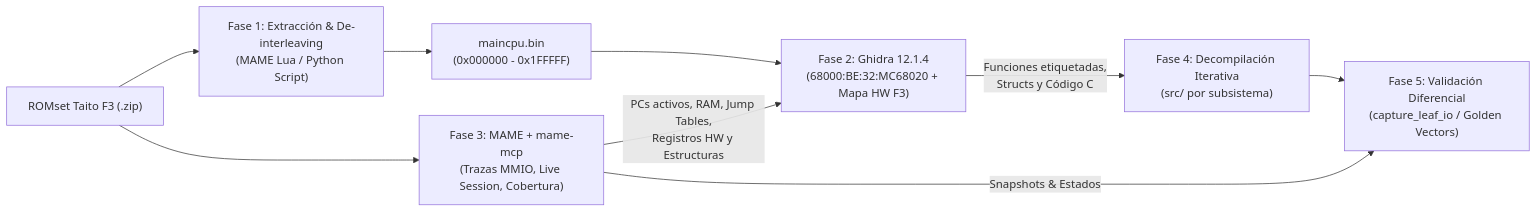
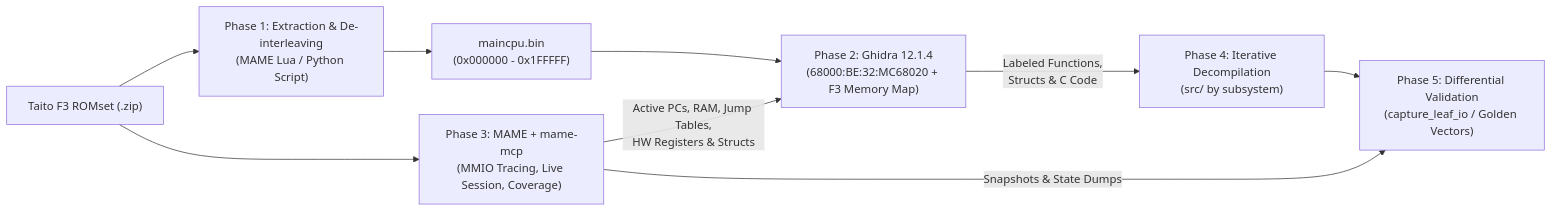
The diagram in README.md (DanimanX/Taitof3Decomp), drawn with Mermaid before and after one commit. The commit also changed other lines of this file, not shown here.

````diff
--- a/README.md
+++ b/README.md
@@ -42,11 +42,11 @@
 ```mermaid
 flowchart LR
-    ROM["ROMset Taito F3 (.zip)"] --> F1["Fase 1: Extracción & De-interleaving\n(MAME Lua / Python Script)"]
+    ROM["Taito F3 ROMset (.zip)"] --> F1["Phase 1: Extraction & De-interleaving\n(MAME Lua / Python Script)"]
     F1 --> BIN["maincpu.bin\n(0x000000 - 0x1FFFFF)"]
-    BIN --> GHIDRA["Fase 2: Ghidra 12.1.4\n(68000:BE:32:MC68020 + Mapa HW F3)"]
-    ROM --> MAME["Fase 3: MAME + mame-mcp\n(Trazas MMIO, Live Session, Cobertura)"]
-    MAME -->|"PCs activos, RAM, Jump Tables,\nRegistros HW y Estructuras"| GHIDRA
-    GHIDRA -->|"Funciones etiquetadas,\nStructs y Código C"| DECOMP["Fase 4: Decompilación Iterativa\n(src/ por subsistema)"]
-    DECOMP --> VERIF["Fase 5: Validación Diferencial\n(capture_leaf_io / Golden Vectors)"]
-    MAME -->|"Snapshots & Estados"| VERIF
+    BIN --> GHIDRA["Phase 2: Ghidra 12.1.4\n(68000:BE:32:MC68020 + F3 Memory Map)"]
+    ROM --> MAME["Phase 3: MAME + mame-mcp\n(MMIO Tracing, Live Session, Coverage)"]
+    MAME -->|"Active PCs, RAM, Jump Tables,\nHW Registers & Structs"| GHIDRA
+    GHIDRA -->|"Labeled Functions,\nStructs & C Code"| DECOMP["Phase 4: Iterative Decompilation\n(src/ by subsystem)"]
+    DECOMP --> VERIF["Phase 5: Differential Validation\n(capture_leaf_io / Golden Vectors)"]
+    MAME -->|"Snapshots & State Dumps"| VERIF
 ```
````
